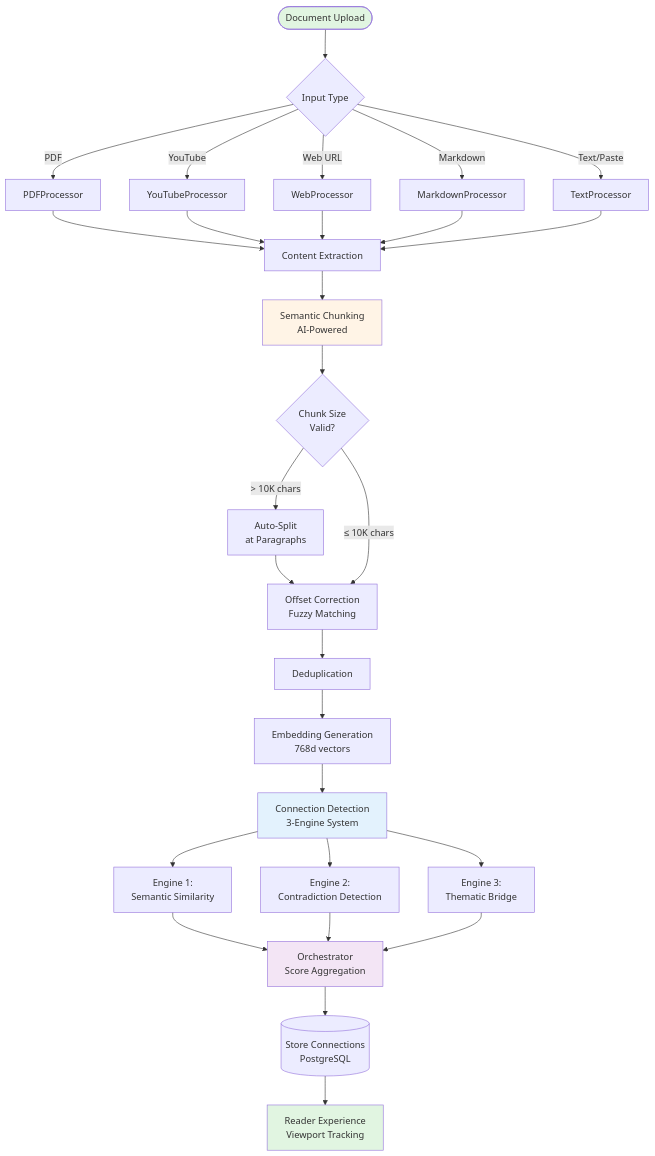
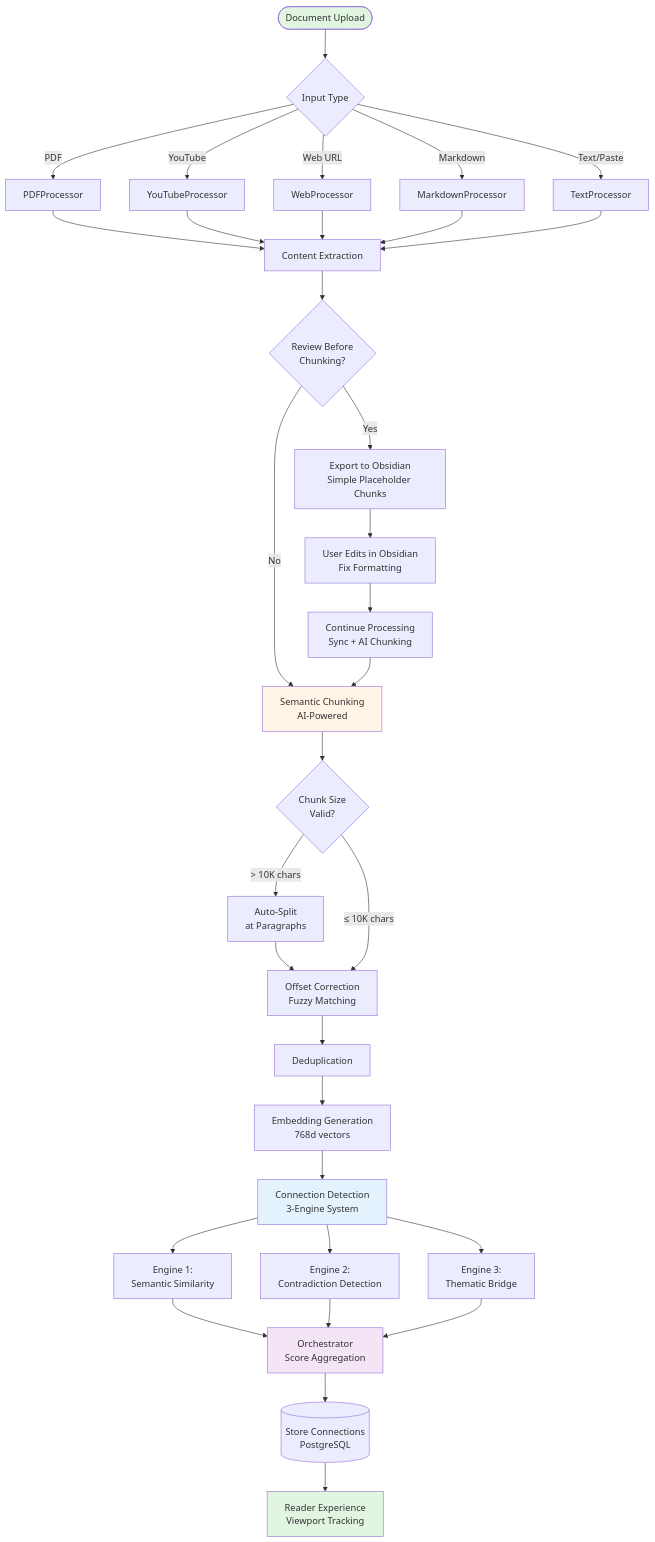
Before and after one commit to toph420/rhizome-v2: the first of 26 diagrams in docs/PROCESSING_PIPELINE_MERMAID.md, drawn with Mermaid. The commit also changed other lines of this file and 34 other files, not shown here.

````diff
--- a/docs/PROCESSING_PIPELINE_MERMAID.md
+++ b/docs/PROCESSING_PIPELINE_MERMAID.md
@@ -23,45 +24,52 @@
 ```mermaid
 flowchart TD
     Start([Document Upload]) --> Input{Input Type}
 
     Input -->|PDF| PDF[PDFProcessor]
     Input -->|YouTube| YT[YouTubeProcessor]
     Input -->|Web URL| Web[WebProcessor]
     Input -->|Markdown| MD[MarkdownProcessor]
     Input -->|Text/Paste| Text[TextProcessor]
 
     PDF --> Extract[Content Extraction]
     YT --> Extract
     Web --> Extract
     MD --> Extract
     Text --> Extract
 
-    Extract --> Chunk[Semantic Chunking<br/>AI-Powered]
+    Extract --> Review{Review Before<br/>Chunking?}
+
+    Review -->|No| Chunk[Semantic Chunking<br/>AI-Powered]
+    Review -->|Yes| Export[Export to Obsidian<br/>Simple Placeholder Chunks]
+
+    Export --> Edit[User Edits in Obsidian<br/>Fix Formatting]
+    Edit --> Continue[Continue Processing<br/>Sync + AI Chunking]
+    Continue --> Chunk
 
     Chunk --> Size{Chunk Size<br/>Valid?}
     Size -->|> 10K chars| Split[Auto-Split<br/>at Paragraphs]
     Split --> Fuzzy
     Size -->|≤ 10K chars| Fuzzy[Offset Correction<br/>Fuzzy Matching]
 
     Fuzzy --> Dedup[Deduplication]
     Dedup --> Embed[Embedding Generation<br/>768d vectors]
 
     Embed --> Connect[Connection Detection<br/>3-Engine System]
 
     Connect --> Engine1[Engine 1:<br/>Semantic Similarity]
     Connect --> Engine2[Engine 2:<br/>Contradiction Detection]
     Connect --> Engine3[Engine 3:<br/>Thematic Bridge]
 
     Engine1 --> Orch[Orchestrator<br/>Score Aggregation]
     Engine2 --> Orch
     Engine3 --> Orch
 
     Orch --> Store[(Store Connections<br/>PostgreSQL)]
     Store --> Reader[Reader Experience<br/>Viewport Tracking]
 
     style Start fill:#e1f5e1
     style Reader fill:#e1f5e1
     style Chunk fill:#fff4e6
     style Connect fill:#e3f2fd
     style Orch fill:#f3e5f5
 ```
````
